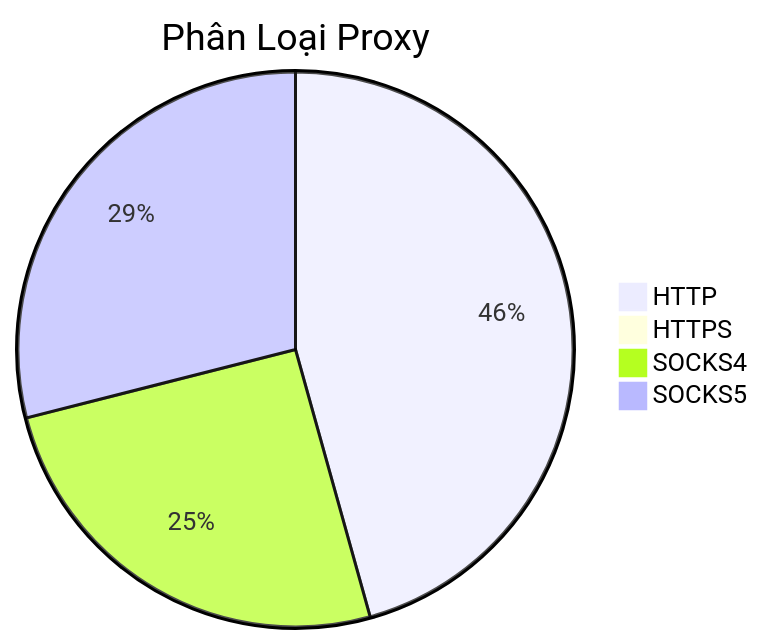
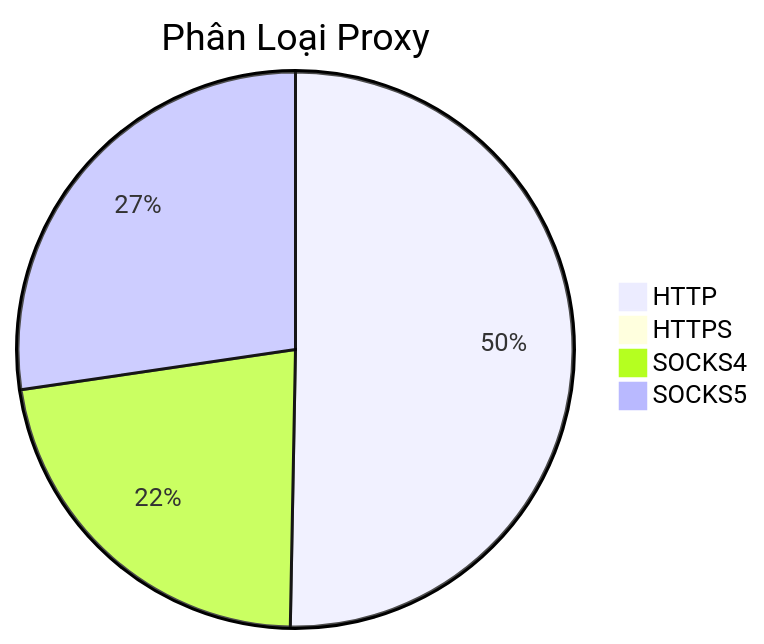
Before and after one commit to Ciara-12/PROXY-free: the diagram in README.md, drawn with Mermaid. The commit also changed other lines of this file and 4 other files, not shown here.

````diff
--- a/README.md
+++ b/README.md
@@ -26,7 +26,7 @@
 ```mermaid
 pie title Phân Loại Proxy
-    "HTTP" : 432
-    "HTTPS" : 0
-    "SOCKS4" : 240
-    "SOCKS5" : 274
+    "HTTP" : 591
+    "HTTPS" : 1
+    "SOCKS4" : 263
+    "SOCKS5" : 321
 ```
````
